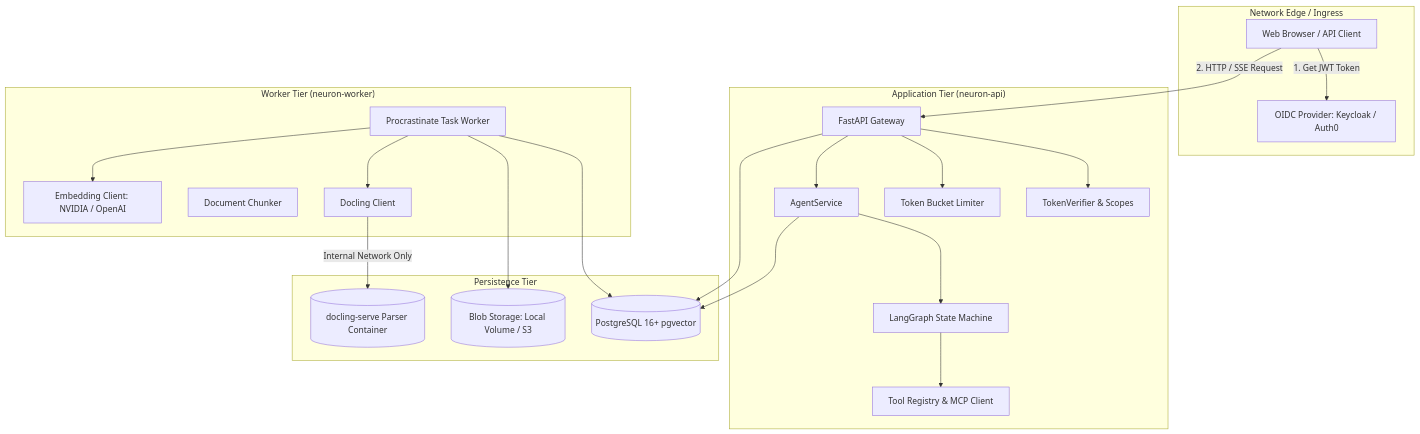
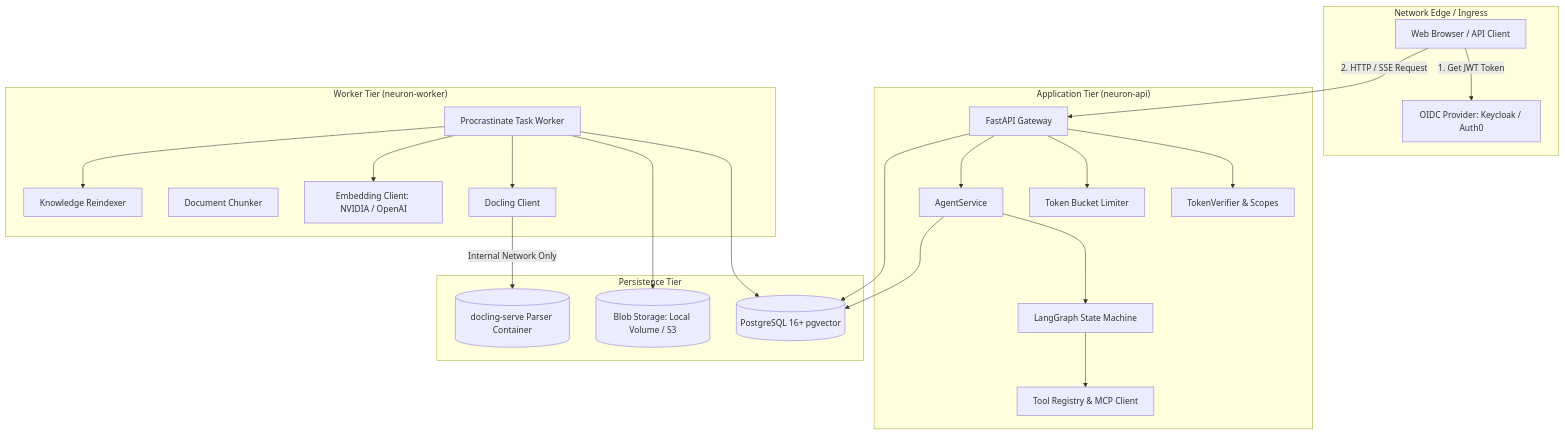
Before and after one commit to Md-Nisar/neuron: the second of 2 diagrams in docs/product_documentation/overview/product-overview.md, drawn with Mermaid. The commit also changed other lines of this file and 16 other files, not shown here.

````diff
--- a/docs/product_documentation/overview/product-overview.md
+++ b/docs/product_documentation/overview/product-overview.md
@@ -128,44 +133,46 @@
 ```mermaid
 graph TB
     subgraph Edge ["Network Edge / Ingress"]
         Client[Web Browser / API Client]
         Keycloak[OIDC Provider: Keycloak / Auth0]
     end
 
     subgraph AppHost ["Application Tier (neuron-api)"]
         FastAPI[FastAPI Gateway]
         AuthModule[TokenVerifier & Scopes]
         RateLimitModule[Token Bucket Limiter]
         ServiceLayer[AgentService]
         GraphRunner[LangGraph State Machine]
         ToolReg[Tool Registry & MCP Client]
     end
 
     subgraph WorkerHost ["Worker Tier (neuron-worker)"]
         WorkerProcess[Procrastinate Task Worker]
         DoclingClient[Docling Client]
         Chunker[Document Chunker]
         Embedder[Embedding Client: NVIDIA / OpenAI]
+        Reindexer[Knowledge Reindexer]
     end
 
     subgraph DataHost ["Persistence Tier"]
         PG[(PostgreSQL 16+ pgvector)]
         Blobs[(Blob Storage: Local Volume / S3)]
         DoclingServe[(docling-serve Parser Container)]
     end
 
     Client -->|1. Get JWT Token| Keycloak
     Client -->|2. HTTP / SSE Request| FastAPI
     FastAPI --> AuthModule
     FastAPI --> RateLimitModule
     FastAPI --> ServiceLayer
     ServiceLayer --> GraphRunner
     GraphRunner --> ToolReg
     ServiceLayer --> PG
     FastAPI --> PG
     WorkerProcess --> PG
     WorkerProcess --> Blobs
     WorkerProcess --> DoclingClient
     DoclingClient -->|Internal Network Only| DoclingServe
     WorkerProcess --> Embedder
+    WorkerProcess --> Reindexer
 ```
````
